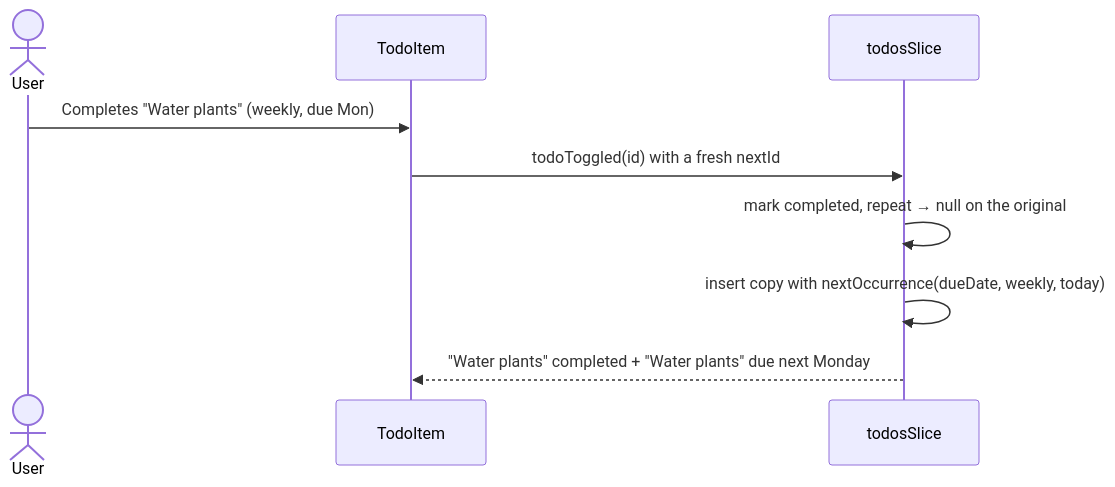
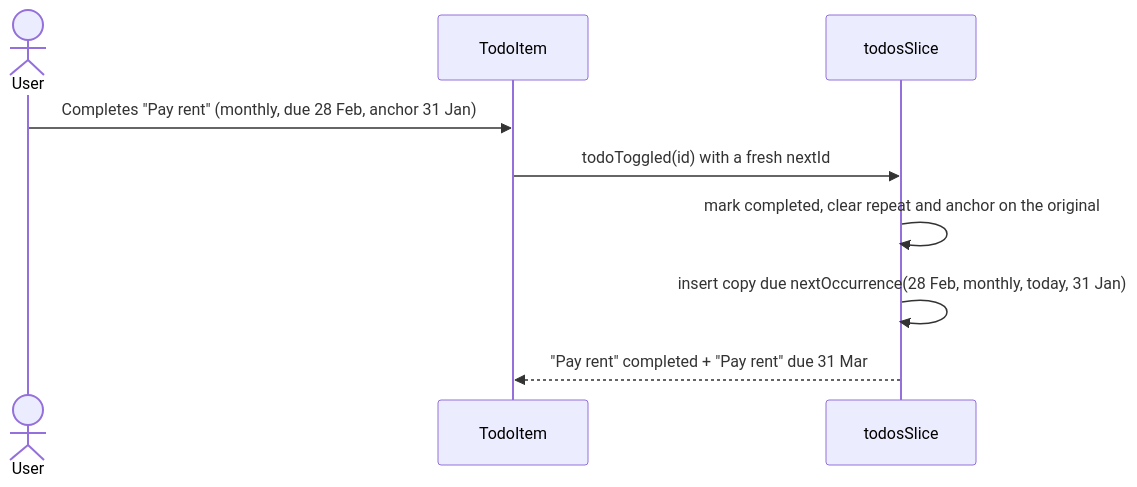
One commit to sacrificed666/react-todo-app changed the fifth of 10 diagrams in docs/architecture.md. Above: the diagram before and after it, drawn with Mermaid. The commit also changed other lines of this file and 173 other files, not shown here.

````diff
--- a/docs/architecture.md
+++ b/docs/architecture.md
@@ -144,11 +174,11 @@
 ```mermaid
 sequenceDiagram
   actor User
   participant Row as TodoItem
   participant Slice as todosSlice
-  User->>Row: Completes "Water plants" (weekly, due Mon)
+  User->>Row: Completes "Pay rent" (monthly, due 28 Feb, anchor 31 Jan)
   Row->>Slice: todoToggled(id) with a fresh nextId
-  Slice->>Slice: mark completed, repeat → null on the original
-  Slice->>Slice: insert copy with nextOccurrence(dueDate, weekly, today)
-  Slice-->>Row: "Water plants" completed + "Water plants" due next Monday
+  Slice->>Slice: mark completed, clear repeat and anchor on the original
+  Slice->>Slice: insert copy due nextOccurrence(28 Feb, monthly, today, 31 Jan)
+  Slice-->>Row: "Pay rent" completed + "Pay rent" due 31 Mar
 ```
````
